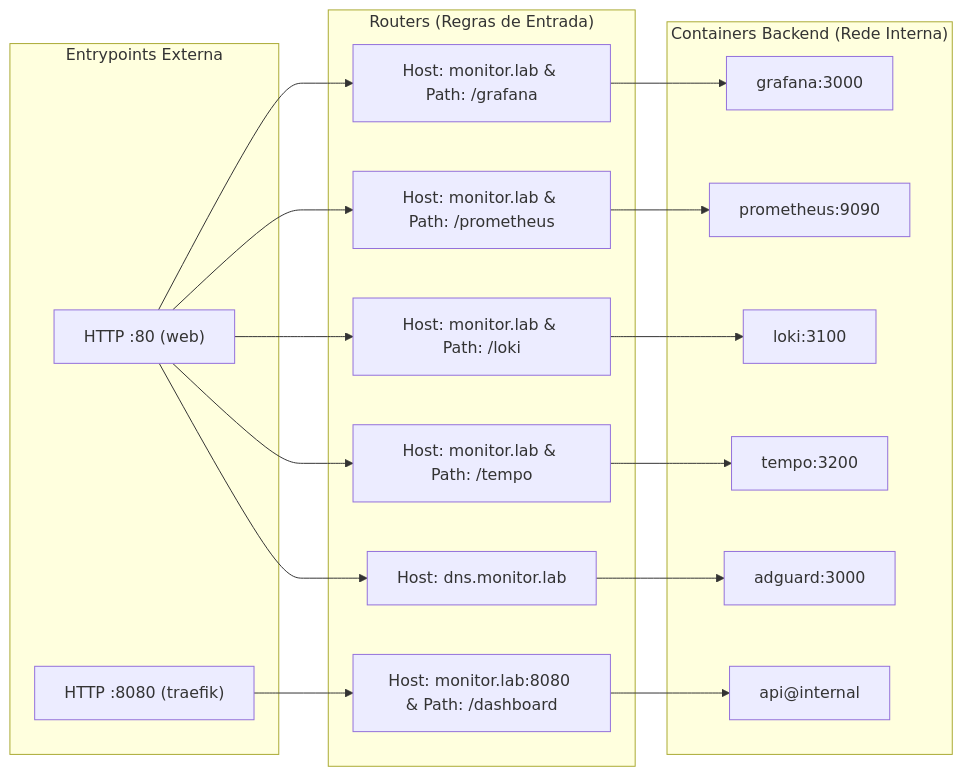
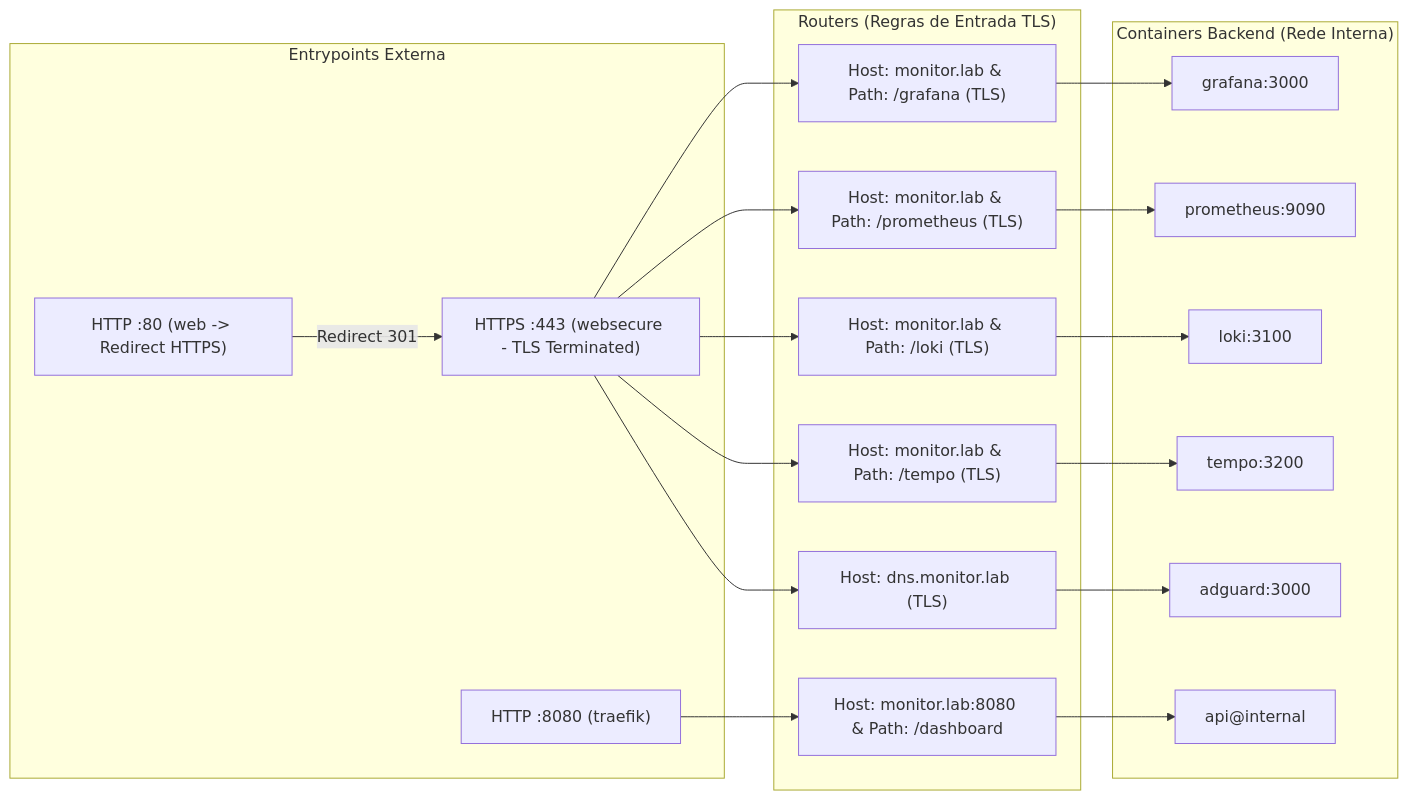
The third of 6 diagrams in Infrastructure Diagrams.md (GuiJeff0/monitor_lab), drawn with Mermaid before and after one commit. The commit also changed other lines of this file and 4 other files, not shown here.

Commit message:
feat(infra): enable TLS/HTTPS with mkcert and Traefik v3 websecure entrypoint

````diff
--- a/Infrastructure Diagrams.md
+++ b/Infrastructure Diagrams.md
@@ -107,32 +107,34 @@
 ```mermaid
 graph LR
     subgraph Entrada["Entrypoints Externa"]
-        E80["HTTP :80 (web)"]
+        E80["HTTP :80 (web -> Redirect HTTPS)"]
+        E443["HTTPS :443 (websecure - TLS Terminated)"]
         E8080["HTTP :8080 (traefik)"]
     end
 
-    subgraph Routers["Routers (Regras de Entrada)"]
-        R_Grafana["Host: monitor.lab & Path: /grafana"]
-        R_Prom["Host: monitor.lab & Path: /prometheus"]
-        R_Loki["Host: monitor.lab & Path: /loki"]
-        R_Tempo["Host: monitor.lab & Path: /tempo"]
-        R_DNS["Host: dns.monitor.lab"]
+    subgraph Routers["Routers (Regras de Entrada TLS)"]
+        R_Grafana["Host: monitor.lab & Path: /grafana (TLS)"]
+        R_Prom["Host: monitor.lab & Path: /prometheus (TLS)"]
+        R_Loki["Host: monitor.lab & Path: /loki (TLS)"]
+        R_Tempo["Host: monitor.lab & Path: /tempo (TLS)"]
+        R_DNS["Host: dns.monitor.lab (TLS)"]
         R_Dash["Host: monitor.lab:8080 & Path: /dashboard"]
     end
 
     subgraph Containers["Containers Backend (Rede Interna)"]
         C_Grafana["grafana:3000"]
         C_Prom["prometheus:9090"]
         C_Loki["loki:3100"]
         C_Tempo["tempo:3200"]
         C_DNS["adguard:3000"]
         C_Dash["api@internal"]
     end
 
-    E80 --> R_Grafana --> C_Grafana
-    E80 --> R_Prom --> C_Prom
-    E80 --> R_Loki --> C_Loki
-    E80 --> R_Tempo --> C_Tempo
-    E80 --> R_DNS --> C_DNS
+    E80 -->|Redirect 301| E443
+    E443 --> R_Grafana --> C_Grafana
+    E443 --> R_Prom --> C_Prom
+    E443 --> R_Loki --> C_Loki
+    E443 --> R_Tempo --> C_Tempo
+    E443 --> R_DNS --> C_DNS
     E8080 --> R_Dash --> C_Dash
 ```
````
